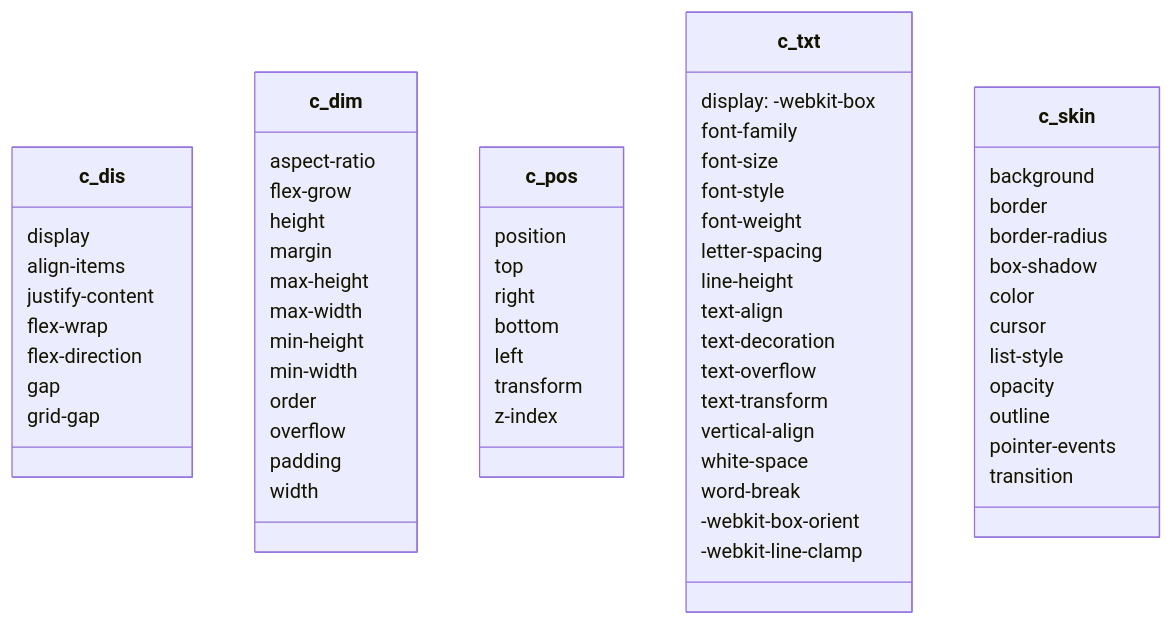
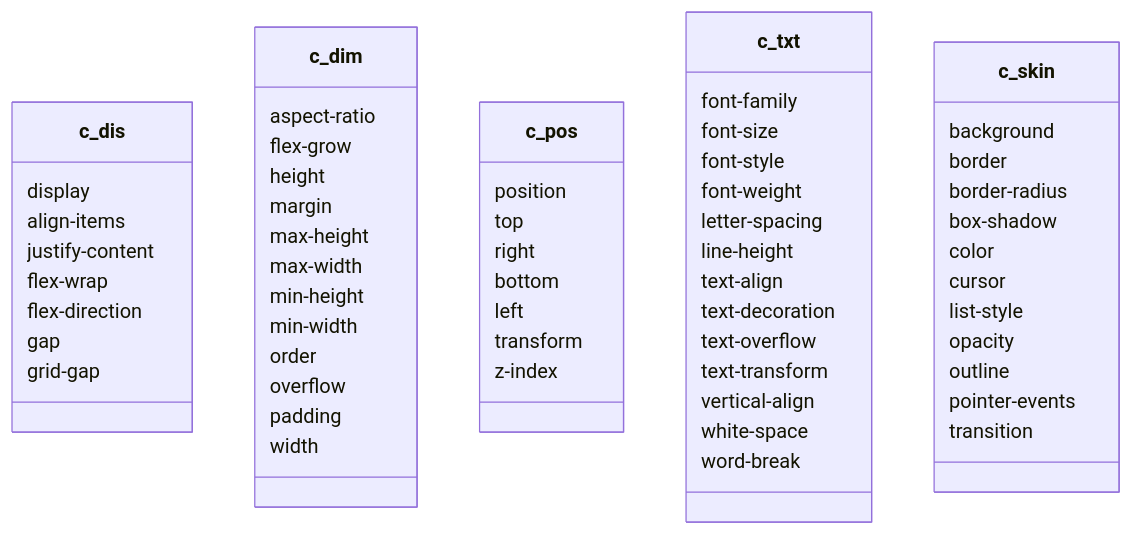
One commit to ita-design-system/starter-template changed the third of 4 diagrams in README.md. Above: the diagram before and after it, drawn with Mermaid.

Commit message:
[DOC] ellipsis

````diff
--- a/README.md
+++ b/README.md
@@ -197,66 +197,63 @@
 ```mermaid
 classDiagram
     class c_dis {
         display
         align-items
         justify-content
         flex-wrap
         flex-direction
         gap
         grid-gap
     }
     class c_dim {
         aspect-ratio
         flex-grow
         height
         margin
         max-height
         max-width
         min-height
         min-width
         order
         overflow
         padding
         width
     }
     class c_pos {
         position
         top
         right
         bottom
         left
         transform
         z-index
     }
     class c_txt {
-        display: -webkit-box
         font-family
         font-size
         font-style
         font-weight
         letter-spacing
         line-height
         text-align
         text-decoration
         text-overflow
         text-transform
         vertical-align
         white-space
         word-break
-        -webkit-box-orient
-        -webkit-line-clamp
     }
     class c_skin {
         background
         border
         border-radius
         box-shadow
         color
         cursor
         list-style
         opacity
         outline
         pointer-events
         transition
     }
  ```
````
